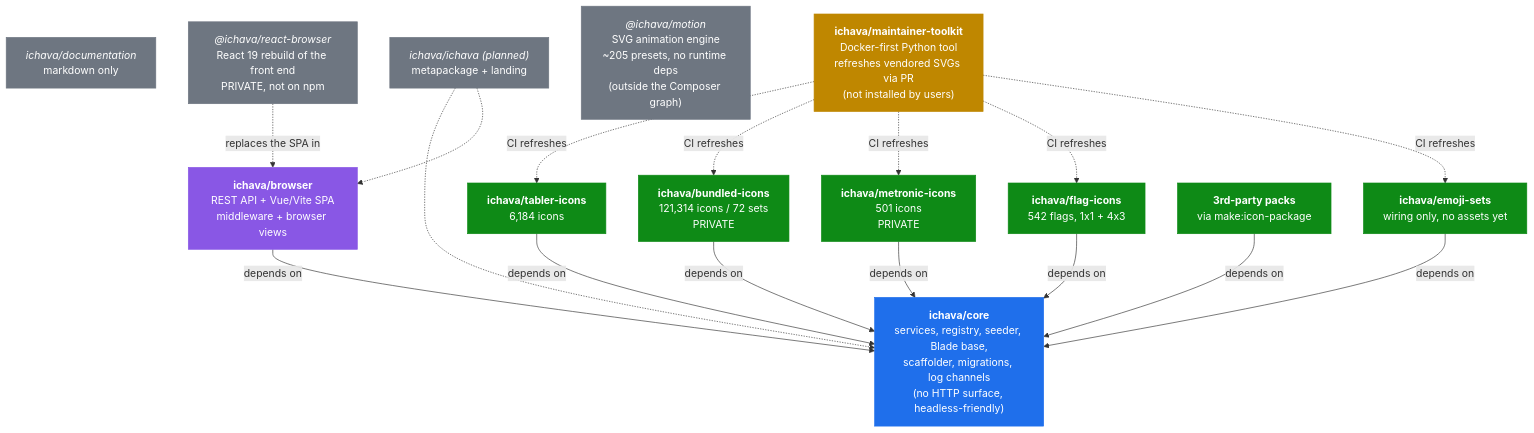
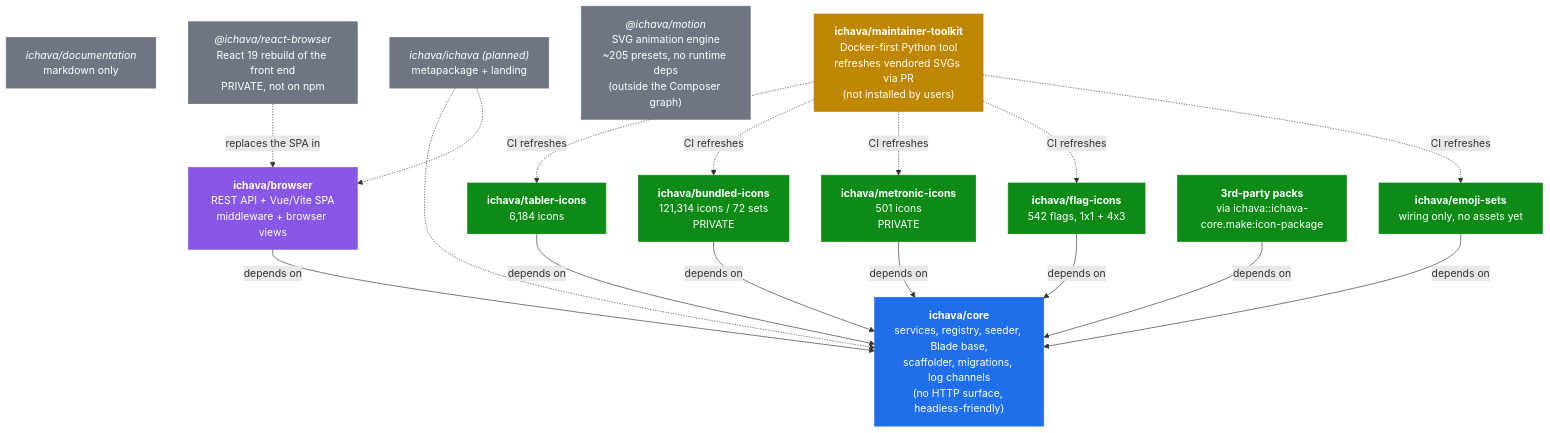
One commit to ichava/documentation changed the first of 3 diagrams in architecture.md. Above: the diagram before and after it, drawn with Mermaid. The commit also changed other lines of this file and 15 other files, not shown here.

````diff
--- a/architecture.md
+++ b/architecture.md
@@ -11,43 +11,43 @@
 ```mermaid
 flowchart TB
     core["<b>ichava/core</b><br/>services, registry, seeder, Blade base,<br/>scaffolder, migrations, log channels<br/>(no HTTP surface, headless-friendly)"]
     browser["<b>ichava/browser</b><br/>REST API + Vue/Vite SPA<br/>middleware + browser views"]
     tabler["<b>ichava/tabler-icons</b><br/>6,184 icons"]
     bundled["<b>ichava/bundled-icons</b><br/>121,314 icons / 72 sets<br/>PRIVATE"]
     metronic["<b>ichava/metronic-icons</b><br/>501 icons<br/>PRIVATE"]
     flag["<b>ichava/flag-icons</b><br/>542 flags, 1x1 + 4x3"]
     emoji["<b>ichava/emoji-sets</b><br/>wiring only, no assets yet"]
-    third["<b>3rd-party packs</b><br/>via make:icon-package"]
+    third["<b>3rd-party packs</b><br/>via ichava::ichava-core.make:icon-package"]
     docs["<i>ichava/documentation</i><br/>markdown only"]
     meta["<i>ichava/ichava (planned)</i><br/>metapackage + landing"]
     toolkit["<b>ichava/maintainer-toolkit</b><br/>Docker-first Python tool<br/>refreshes vendored SVGs via PR<br/>(not installed by users)"]
     motion["<i>@ichava/motion</i><br/>SVG animation engine<br/>~205 presets, no runtime deps<br/>(outside the Composer graph)"]
     react["<i>@ichava/react-browser</i><br/>React 19 rebuild of the front end<br/>PRIVATE, not on npm"]
 
     browser -- depends on --> core
     tabler -- depends on --> core
     bundled -- depends on --> core
     metronic -- depends on --> core
     flag -- depends on --> core
     emoji -- depends on --> core
     third -- depends on --> core
     meta -.-> core
     meta -.-> browser
     toolkit -. CI refreshes .-> tabler
     toolkit -. CI refreshes .-> bundled
     toolkit -. CI refreshes .-> metronic
     toolkit -. CI refreshes .-> flag
     toolkit -. CI refreshes .-> emoji
     react -. replaces the SPA in .-> browser
 
     classDef engine fill:#1f6feb,stroke:#1f6feb,color:#fff
     classDef http fill:#8957e5,stroke:#8957e5,color:#fff
     classDef pack fill:#0e8a16,stroke:#0e8a16,color:#fff
     classDef other fill:#6e7681,stroke:#6e7681,color:#fff
     classDef tooling fill:#bf8700,stroke:#bf8700,color:#fff
     class core engine
     class browser http
     class tabler,bundled,metronic,flag,emoji,third pack
     class docs,meta,motion,react other
     class toolkit tooling
 ```
````
